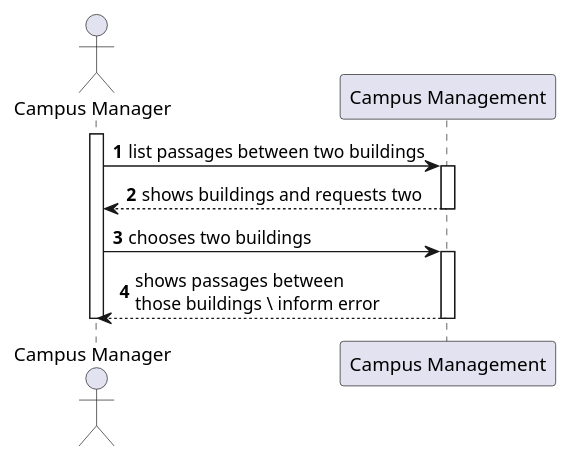
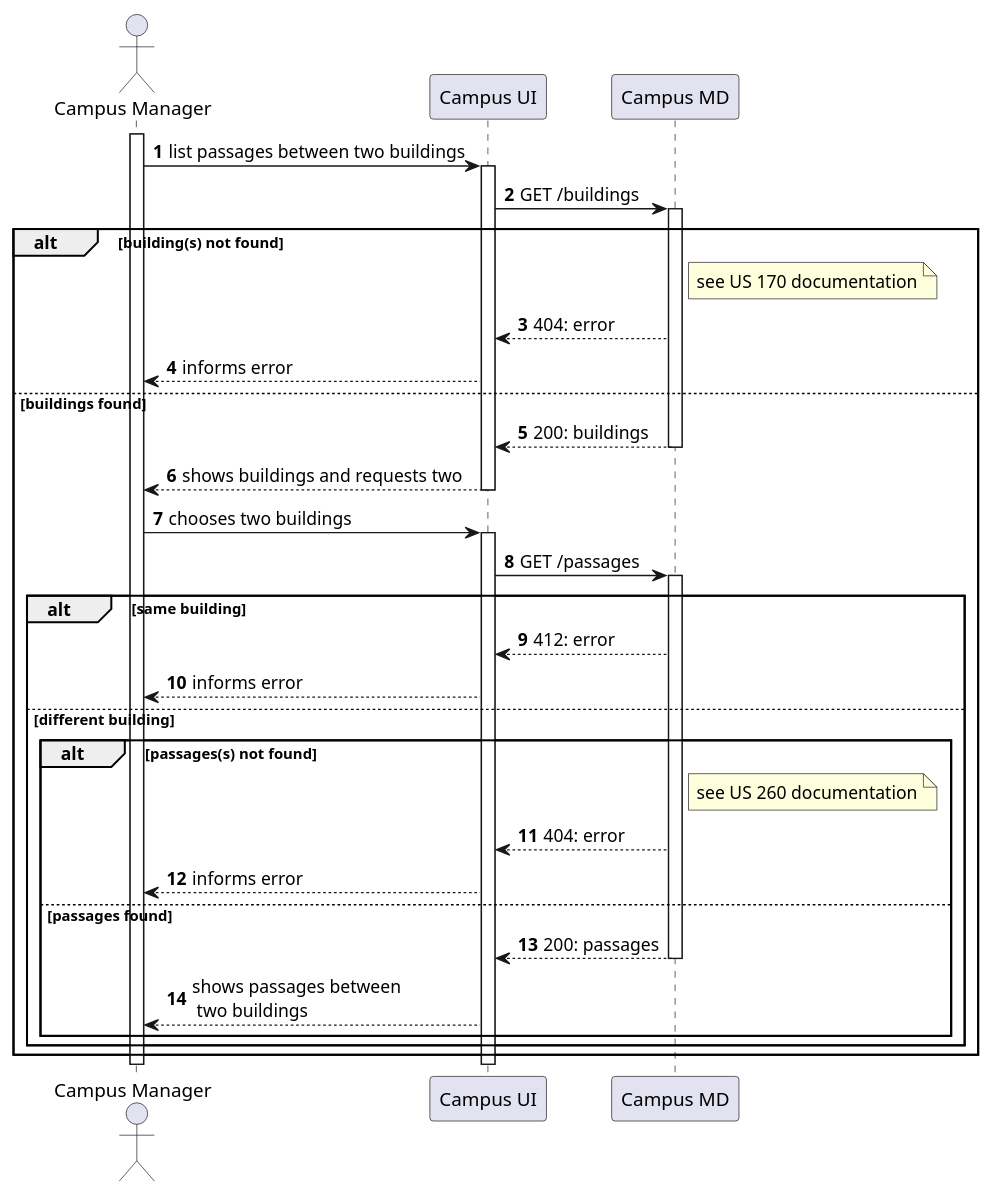
One commit to Departamento-de-Engenharia-Informatica/lapr5-23-24-g19 changed the diagram in docs/us1190/level2/process-view.puml. Above: the diagram before and after it, drawn with PlantUML. The commit also changed 5 other files, not shown here.

```diff
--- a/docs/us1190/level2/process-view.puml
+++ b/docs/us1190/level2/process-view.puml
@@ -1,21 +1,55 @@
 @startuml
 autonumber
 
 actor "Campus Manager" as usr
 
-participant "Campus Management" as mng
+participant "Campus UI" as ui
+participant "Campus MD" as md
 
 activate usr
-    usr -> mng : list passages between two buildings
-    activate mng
-        mng --> usr : shows buildings and requests two
-    deactivate mng
+    usr -> ui : list passages between two buildings
+    activate ui
 
-    usr -> mng : chooses two buildings
-    activate mng
-        mng --> usr: shows passages between \nthose buildings \ inform error
+        ui -> md : GET /buildings
+        alt building(s) not found
+            activate md
+            note right of md : see US 170 documentation
+                md --> ui : 404: error
 
-    deactivate mng
+            ui --> usr : informs error
+
+        else buildings found
+            md --> ui : 200: buildings
+
+            deactivate md
+            ui --> usr : shows buildings and requests two
+    deactivate ui
+
+    usr -> ui : chooses two buildings
+    activate ui
+        ui -> md : GET /passages
+        activate md
+
+
+        alt same building
+            md --> ui : 412: error
+            ui --> usr: informs error
+        else different building
+
+        alt passages(s) not found
+                note right of md : see US 260 documentation
+                md --> ui: 404: error
+
+            ui --> usr : informs error
+        else passages found
+            md --> ui : 200: passages
+
+            deactivate md
+            ui --> usr : shows passages between\n two buildings
+            end
+        end
+    end
+    deactivate ui
 deactivate usr
 
 @enduml
```
